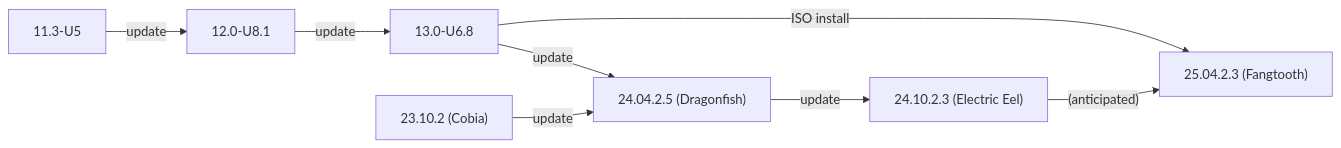
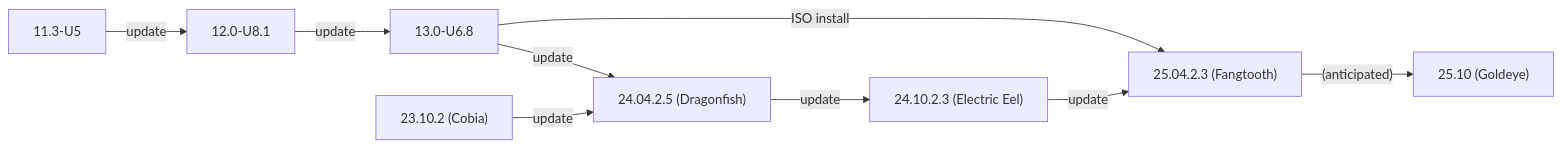
Before and after one commit to truenas/documentation: the second of 2 diagrams in static/includes/SCALEUpgradePaths.md, drawn with Mermaid. The commit also changed other lines of this file and 1 other file, not shown here.

```diff
--- a/static/includes/SCALEUpgradePaths.md
+++ b/static/includes/SCALEUpgradePaths.md
@@ -79,11 +240,12 @@
-          {{< mermaid class="mermaid_sizing" >}}
-          flowchart LR
-            A["11.3-U5"] -->|update| B
-            B["12.0-U8.1"] -->|update| C
-            C["13.0-U6.8"] -->|ISO install| G
-            C -->|update| E
-            D["23.10.2 (Cobia)"] -->|update| E
-            E["24.04.2.5 (Dragonfish)"]  -->|update| F
-            F["24.10.2.3 (Electric Eel)"] -->|"(anticipated)"| G
-            G["25.04.2.3 (Fangtooth)"]
-          {{< /mermaid >}}
+            {{< mermaid class="mermaid_sizing" >}}
+            flowchart LR
+              A["11.3-U5"] -->|update| B
+              B["12.0-U8.1"] -->|update| C
+              C["13.0-U6.8"] -->|ISO install| G
+              C -->|update| E
+              D["23.10.2 (Cobia)"] -->|update| E
+              E["24.04.2.5 (Dragonfish)"]  -->|update| F
+              F["24.10.2.3 (Electric Eel)"] -->|update| G
+              G["25.04.2.3 (Fangtooth)"] -->|"(anticipated)"| H
+            H["25.10 (Goldeye)"]
+            {{< /mermaid >}}
```
